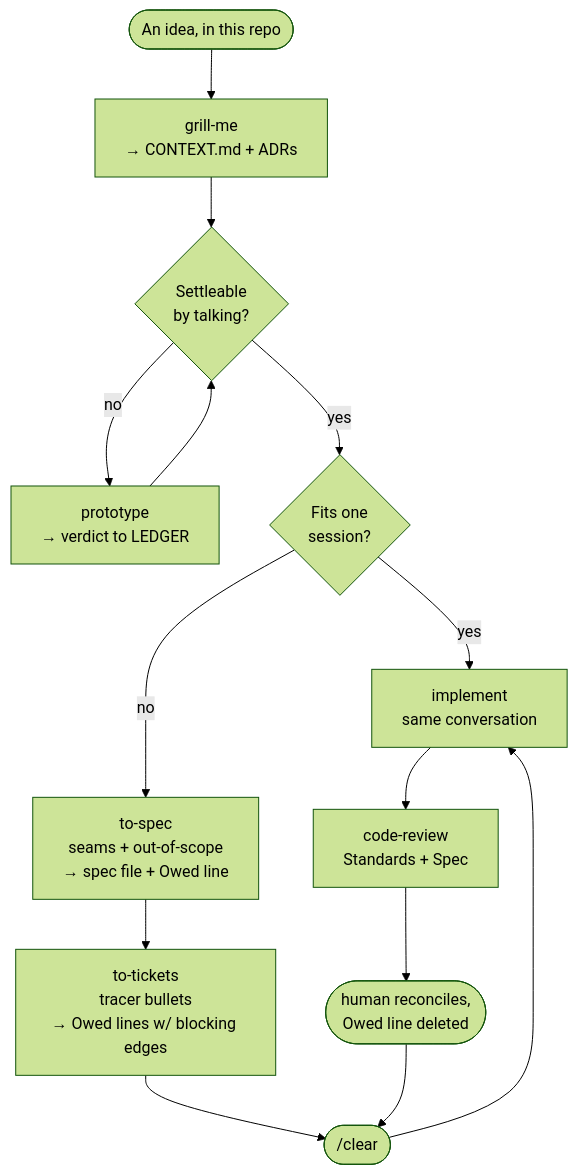
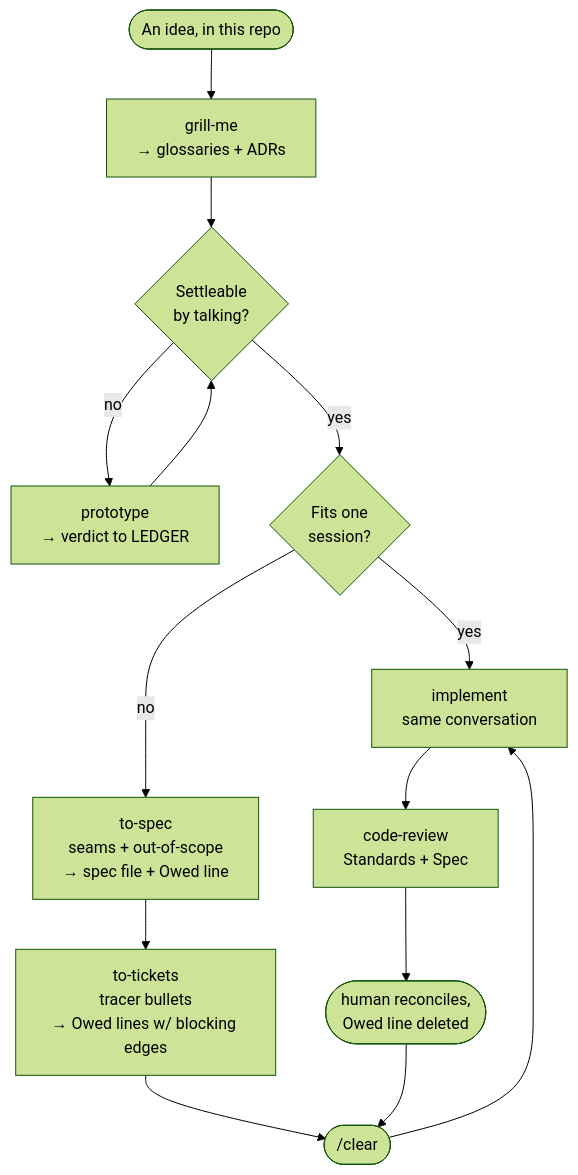
Before and after one commit to positive-energy-labs/Pe.Tools: the first of 4 diagrams in .agents/skills/index/FLOWS.md, drawn with Mermaid (forest theme). The commit also changed other lines of this file and 28 other files, not shown here.

````diff
--- a/.agents/skills/index/FLOWS.md
+++ b/.agents/skills/index/FLOWS.md
@@ -7,12 +7,12 @@
 ```mermaid
 flowchart TD
-    I([An idea, in this repo]) --> G["grill-me<br/>→ CONTEXT.md + ADRs"]
+    I([An idea, in this repo]) --> G["grill-me<br/>→ glossaries + ADRs"]
     G --> Q{"Settleable<br/>by talking?"}
     Q -- no --> PR["prototype<br/>→ verdict to LEDGER"] --> Q
     Q -- yes --> M{"Fits one<br/>session?"}
     M -- yes --> IMP["implement<br/>same conversation"]
     M -- no --> SP["to-spec<br/>seams + out-of-scope<br/>→ spec file + Owed line"] --> TT["to-tickets<br/>tracer bullets<br/>→ Owed lines w/ blocking edges"]
     TT --> CL(["/clear"]) --> IMP
     IMP --> CR["code-review<br/>Standards + Spec"]
     CR --> H([human reconciles,<br/>Owed line deleted]) --> CL
 ```
````
